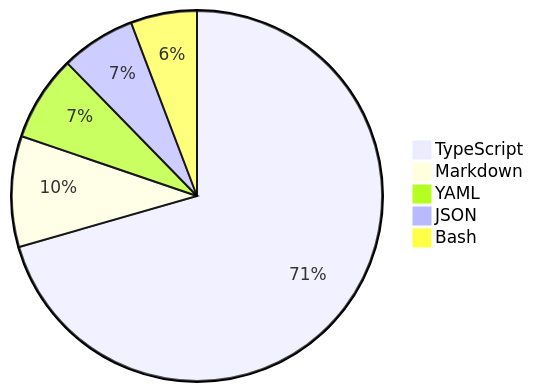
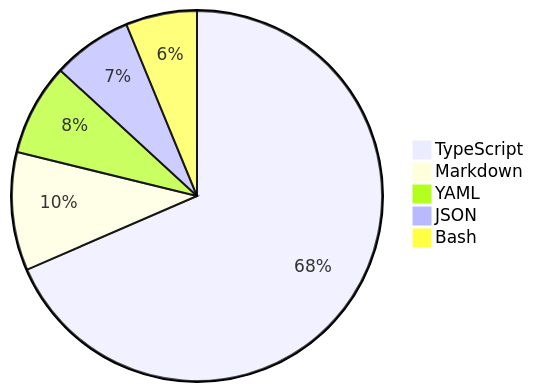
Before and after one commit to skvggor/skvggor: the diagram in README.md, drawn with Mermaid.

Commit message:
Updated waka-readme graph with new metrics

````diff
--- a/README.md
+++ b/README.md
@@ -39,8 +39,8 @@
 ```mermaid
 pie
-    "TypeScript" : 67.1
-    "Markdown" : 9.2
-    "YAML" : 7.1
-    "JSON" : 6.2
-    "Bash" : 5.5
+    "TypeScript" : 65.0
+    "Markdown" : 9.8
+    "YAML" : 7.6
+    "JSON" : 6.6
+    "Bash" : 5.9
 ```
````
